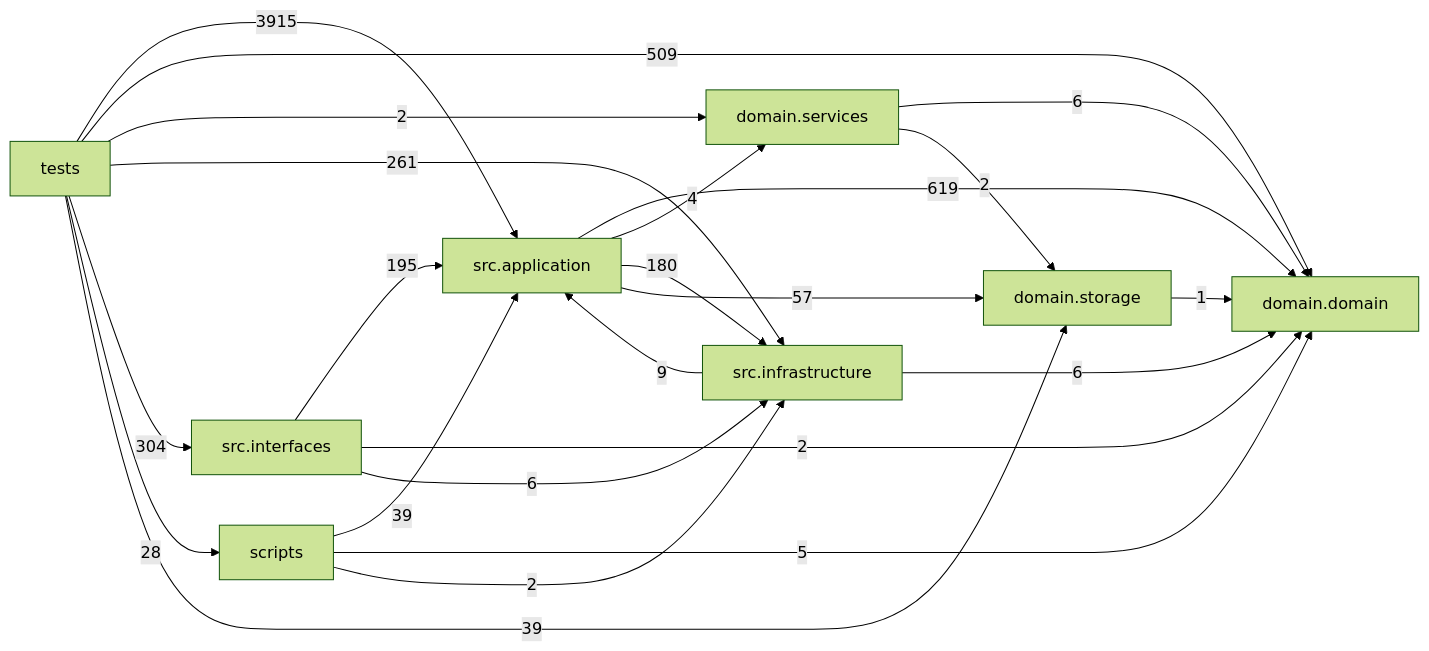
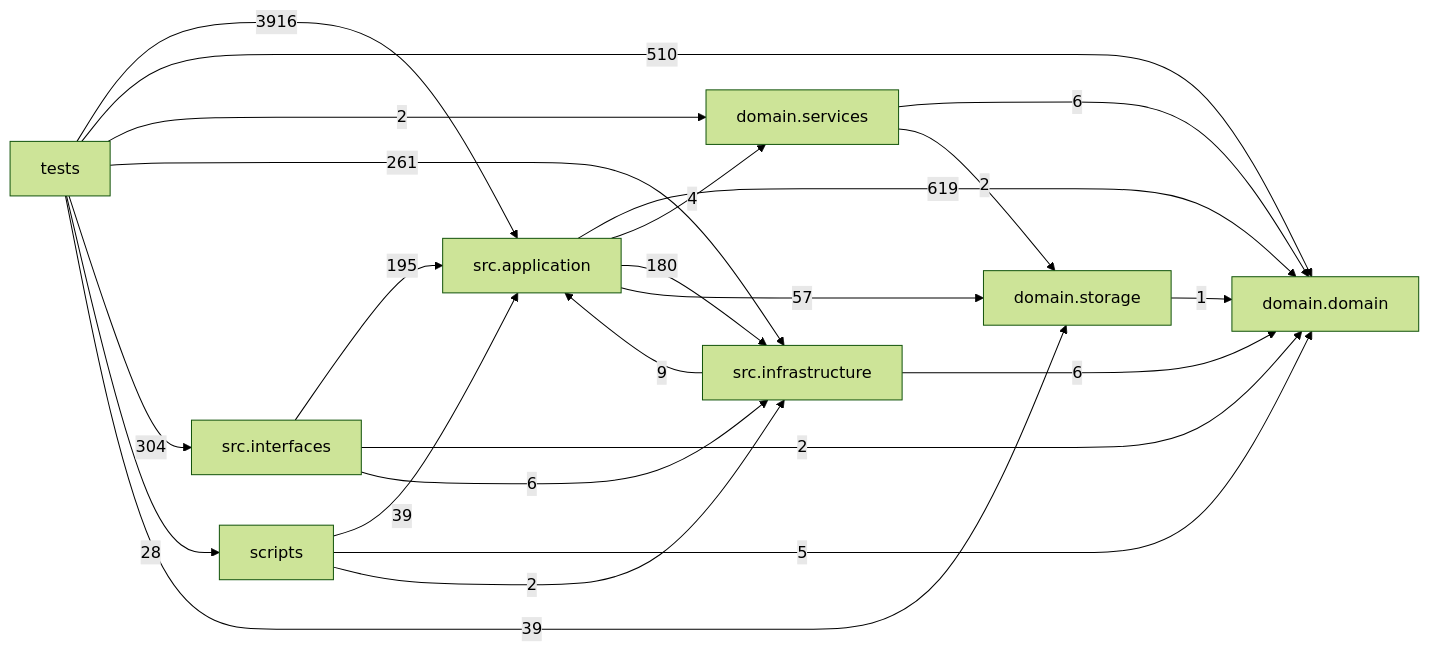
The diagram in docs/DEPENDENCY_GRAPH.md (liuxie066/options-monitor), drawn with Mermaid (forest theme) before and after one commit. The commit also changed other lines of this file and 4 other files, not shown here.

````diff
--- a/docs/DEPENDENCY_GRAPH.md
+++ b/docs/DEPENDENCY_GRAPH.md
@@ -24,33 +24,33 @@
 ```mermaid
 flowchart LR
   tests["tests"]
   scripts["scripts"]
   interfaces["src.interfaces"]
   application["src.application"]
   infrastructure["src.infrastructure"]
   domain_services["domain.services"]
   domain["domain.domain"]
   storage["domain.storage"]
   application -->|619| domain
   application -->|4| domain_services
   application -->|180| infrastructure
   application -->|57| storage
   domain_services -->|6| domain
   domain_services -->|2| storage
   infrastructure -->|9| application
   infrastructure -->|6| domain
   interfaces -->|195| application
   interfaces -->|2| domain
   interfaces -->|6| infrastructure
   scripts -->|39| application
   scripts -->|5| domain
   scripts -->|2| infrastructure
   storage -->|1| domain
-  tests -->|3915| application
-  tests -->|509| domain
+  tests -->|3916| application
+  tests -->|510| domain
   tests -->|2| domain_services
   tests -->|261| infrastructure
   tests -->|304| interfaces
   tests -->|28| scripts
   tests -->|39| storage
 ```
````
